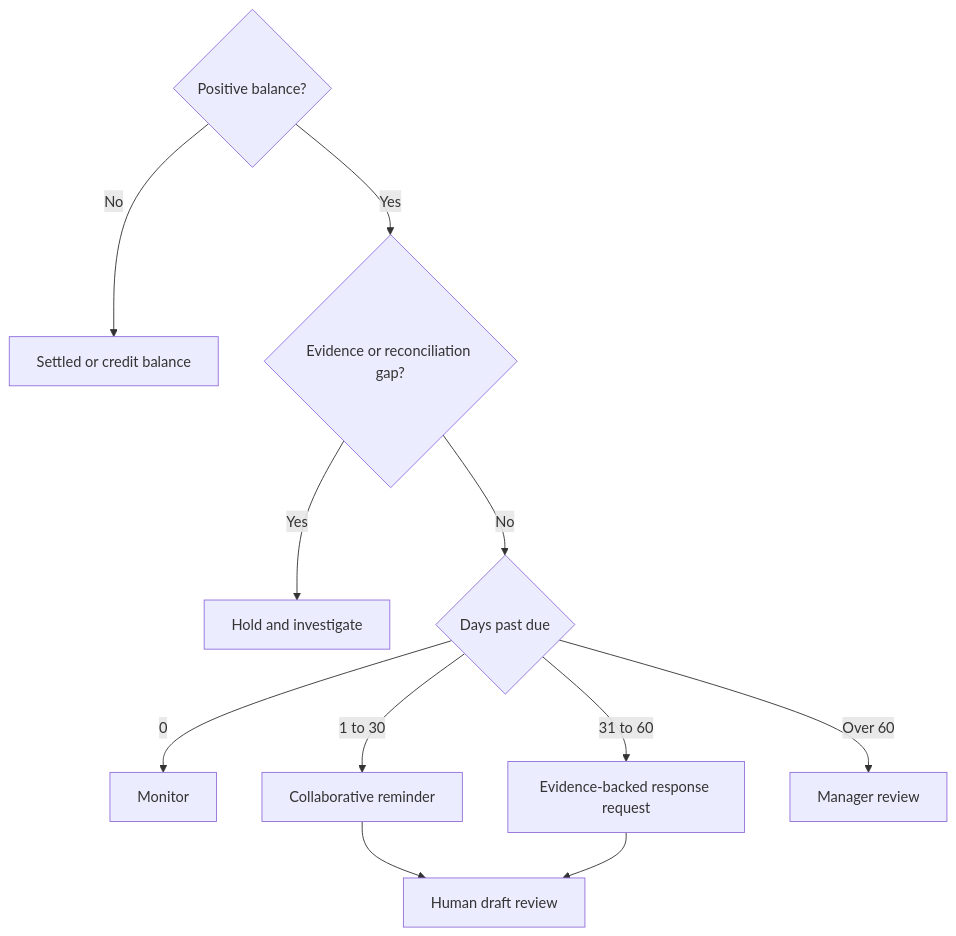
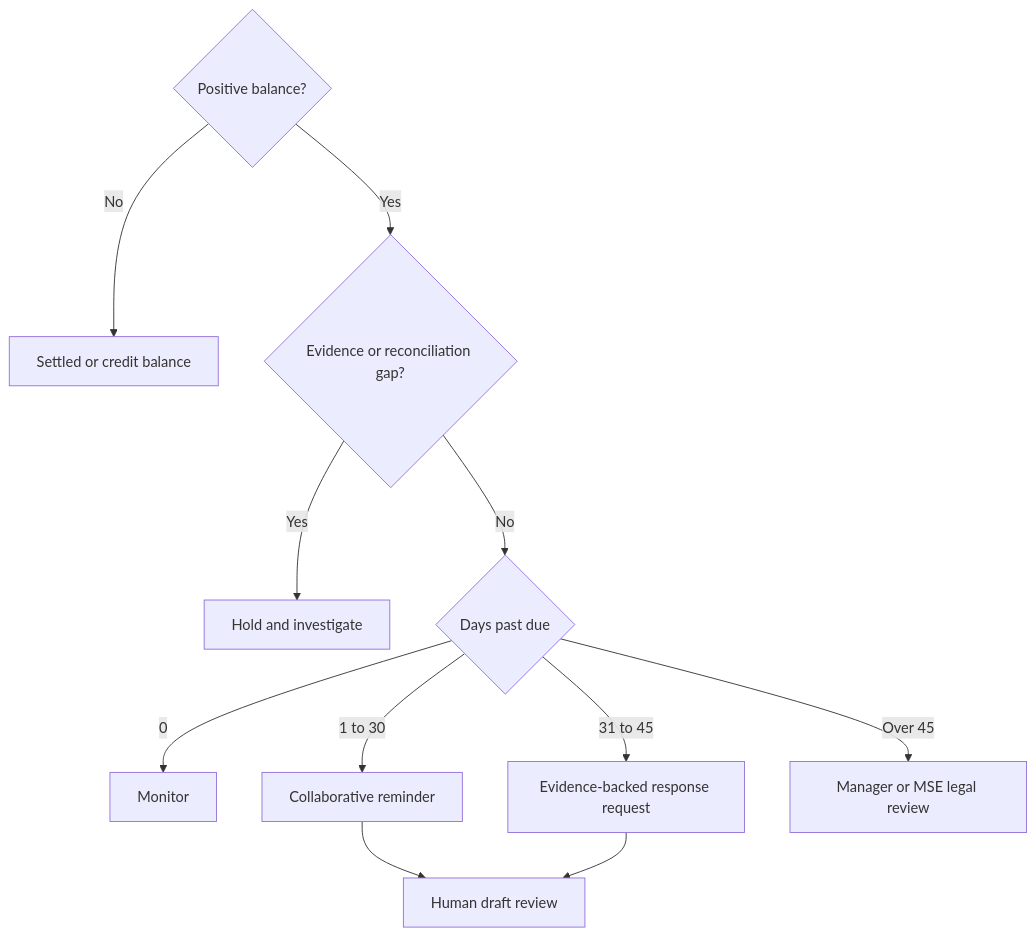
Before and after one commit to pushkkal0201-bit/ProofPay: the third of 3 diagrams in README.md, drawn with Mermaid. The commit also changed other lines of this file and 22 other files, not shown here.

````diff
--- a/README.md
+++ b/README.md
@@ -59,14 +103,14 @@
 ```mermaid
 flowchart TD
     Start{"Positive balance?"}
     Start -->|No| Closed["Settled or credit balance"]
     Start -->|Yes| Gates{"Evidence or reconciliation gap?"}
     Gates -->|Yes| Hold["Hold and investigate"]
     Gates -->|No| Age{"Days past due"}
     Age -->|0| Current["Monitor"]
     Age -->|1 to 30| Early["Collaborative reminder"]
-    Age -->|31 to 60| Mid["Evidence-backed response request"]
-    Age -->|Over 60| Late["Manager review"]
+    Age -->|31 to 45| Mid["Evidence-backed response request"]
+    Age -->|Over 45| Late["Manager or MSE legal review"]
     Early --> Review["Human draft review"]
     Mid --> Review
 ```
````
